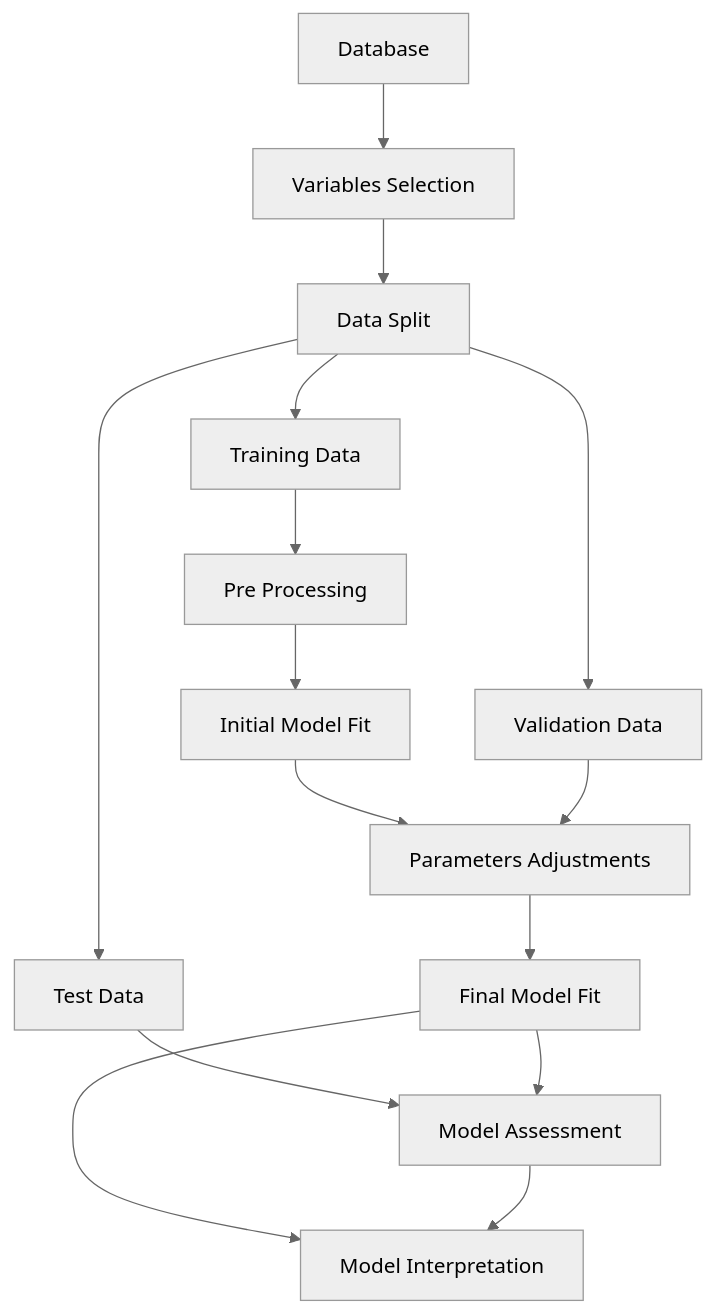
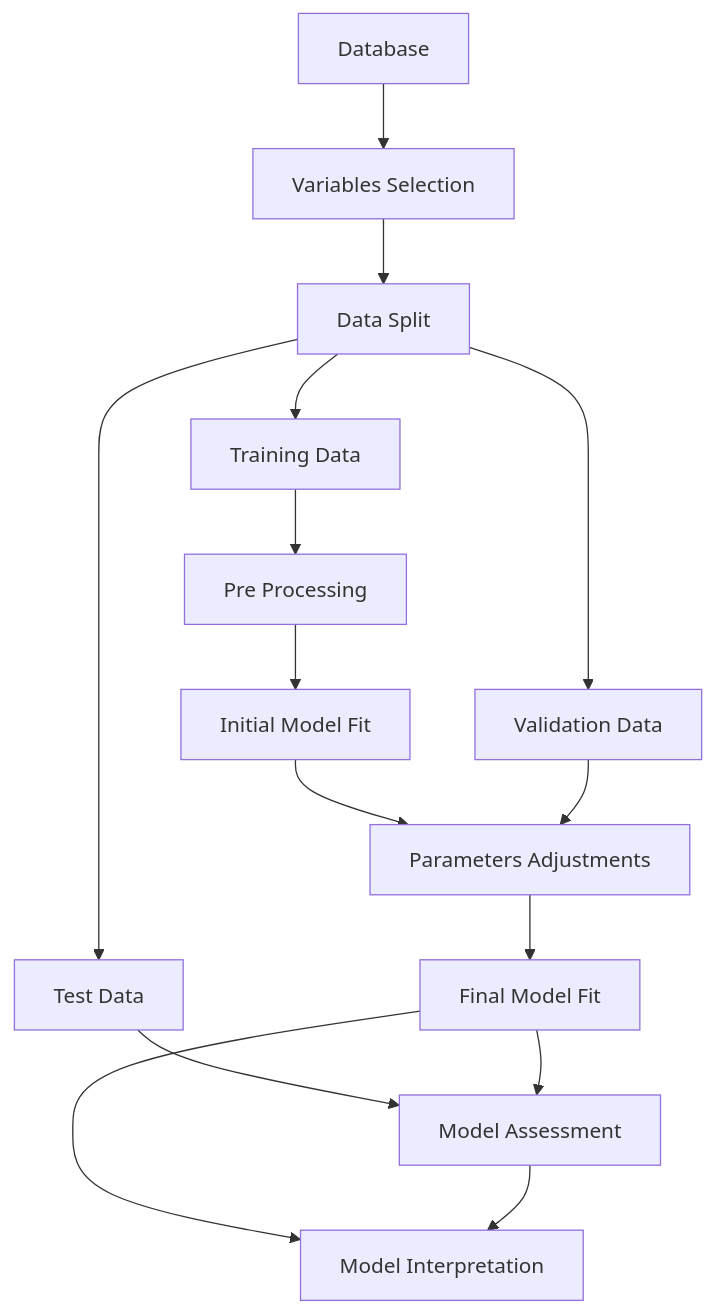
Before and after one commit to hugotseixas/tica-book: the fourth of 4 diagrams in 03_methods.qmd, drawn with Mermaid. The commit also changed other lines of this file, not shown here.

Commit message:
Fix diagrams alignment.

````diff
--- a/03_methods.qmd
+++ b/03_methods.qmd
@@ -179,21 +195,23 @@
 ```{mermaid}
+%%| label: fig-model-diagram
+%%| fig-cap: Mermaid diagram
 %%| fig-responsive: true
-%%{init: {'theme': 'neutral' } }%%
+%%| fig-align: center
 
 flowchart TD
     A[Database] --> B[Variables Selection]
     B[Variables Selection] --> C[Data Split]
     C[Data Split] --> D[Training Data]
     D[Training Data] --> E[Pre Processing]
     E[Pre Processing] --> F[Initial Model Fit]
     C[Data Split] --> G[Validation Data]
     C[Data Split] --> H[Test Data]
     F[Initial Model Fit] --> I[Parameters Adjustments]
     G[Validation Data] --> I[Parameters Adjustments]
     I[Parameters Adjustments] --> J[Final Model Fit]
     H[Test Data] --> K[Model Assessment]
     J[Final Model Fit] --> K[Model Assessment]
     J[Final Model Fit] --> L[Model Interpretation]
     K[Model Assessment] --> L[Model Interpretation]
 
 ```
````
